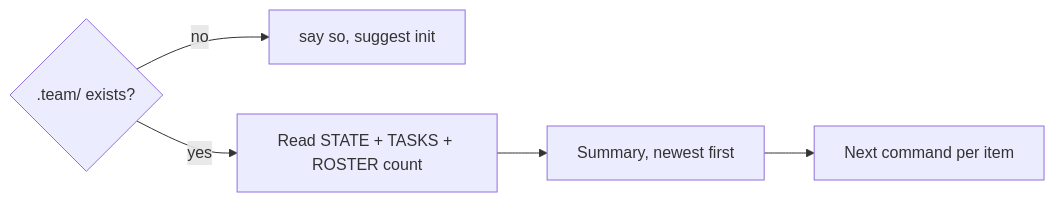
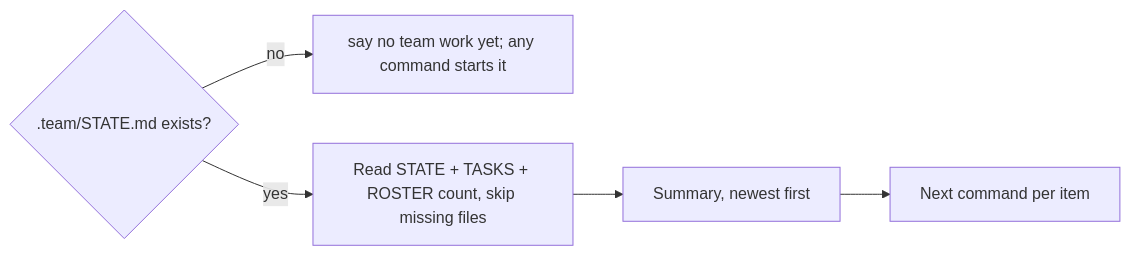
One commit to Tuan-Quyen/technical-teams changed the diagram in commands/status.md. Above: the diagram before and after it, drawn with Mermaid. The commit also changed 9 other files, not shown here.

````diff
--- a/commands/status.md
+++ b/commands/status.md
@@ -9,5 +9,5 @@
 ```mermaid
 flowchart LR
-  A{.team/ exists?} -- no --> B[say so, suggest init]
-  A -- yes --> C[Read STATE + TASKS + ROSTER count] --> D[Summary, newest first] --> E[Next command per item]
+  A{.team/STATE.md exists?} -- no --> B[say no team work yet; any command starts it]
+  A -- yes --> C[Read STATE + TASKS + ROSTER count, skip missing files] --> D[Summary, newest first] --> E[Next command per item]
 ```
````
